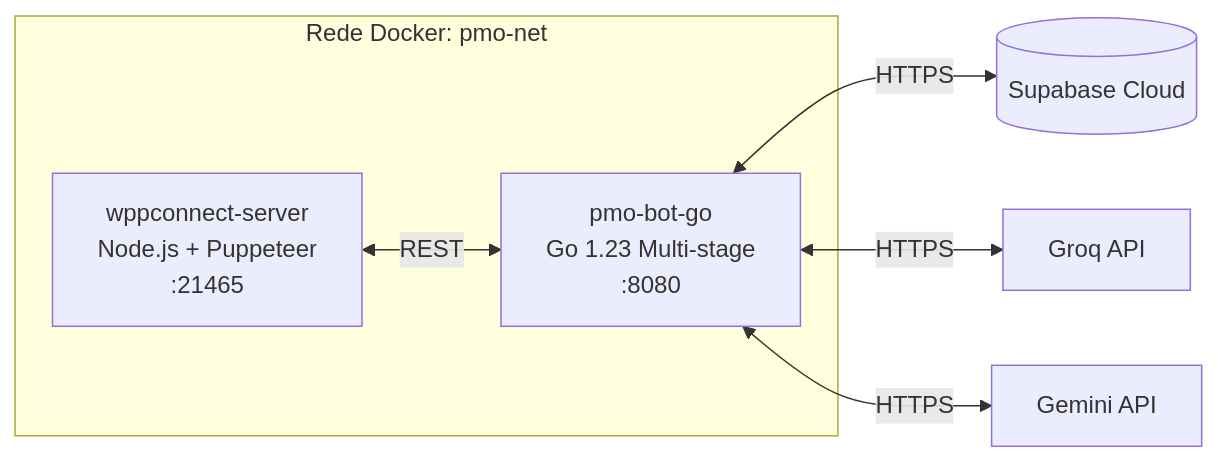
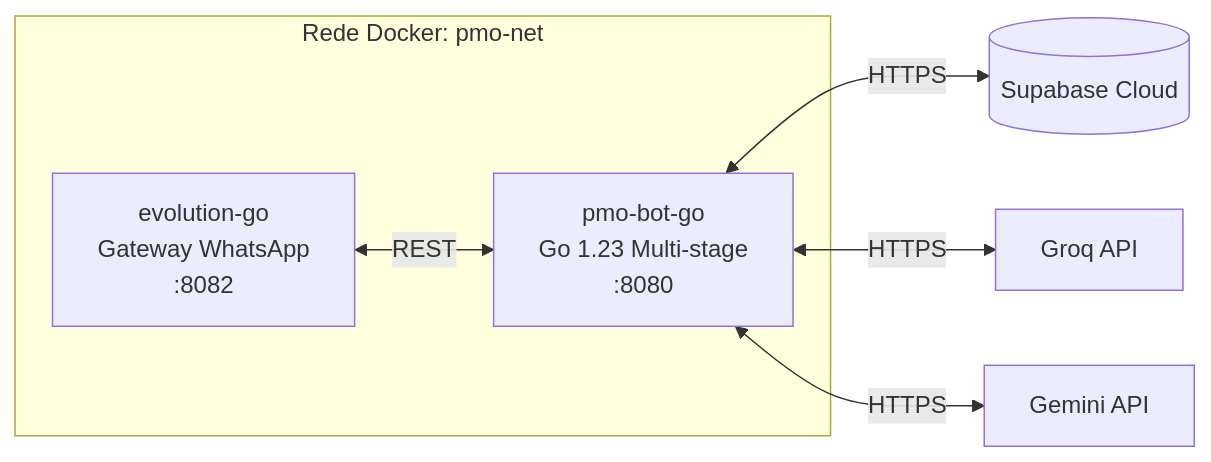
The diagram in docs/deployment/docker.md (thebrunm97/manejo-org), drawn with Mermaid before and after one commit. The commit also changed other lines of this file and 15 other files, not shown here.

````diff
--- a/docs/deployment/docker.md
+++ b/docs/deployment/docker.md
@@ -4,11 +4,11 @@
 ```mermaid
 graph LR
     subgraph pmo-net [Rede Docker: pmo-net]
-        WPP[wppconnect-server<br/>Node.js + Puppeteer<br/>:21465]
+        EVO[evolution-go<br/>Gateway WhatsApp<br/>:8082]
         GO[pmo-bot-go<br/>Go 1.23 Multi-stage<br/>:8080]
     end
-    WPP <-->|REST| GO
+    EVO <-->|REST| GO
     GO <-->|HTTPS| SUPA[(Supabase Cloud)]
     GO <-->|HTTPS| GROQ[Groq API]
     GO <-->|HTTPS| GEMINI[Gemini API]
 ```
````
